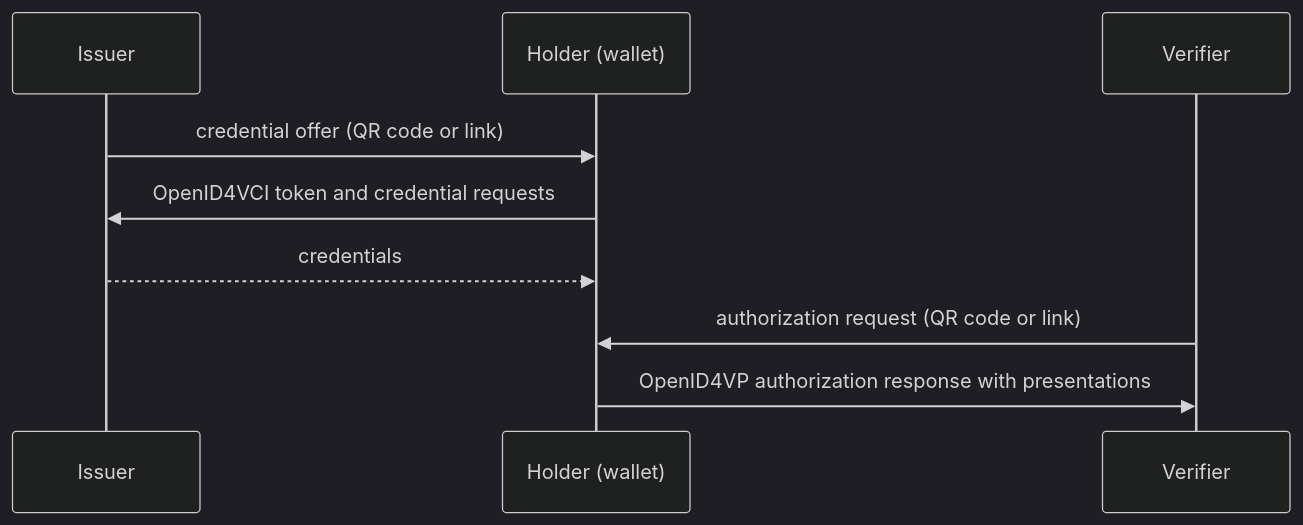
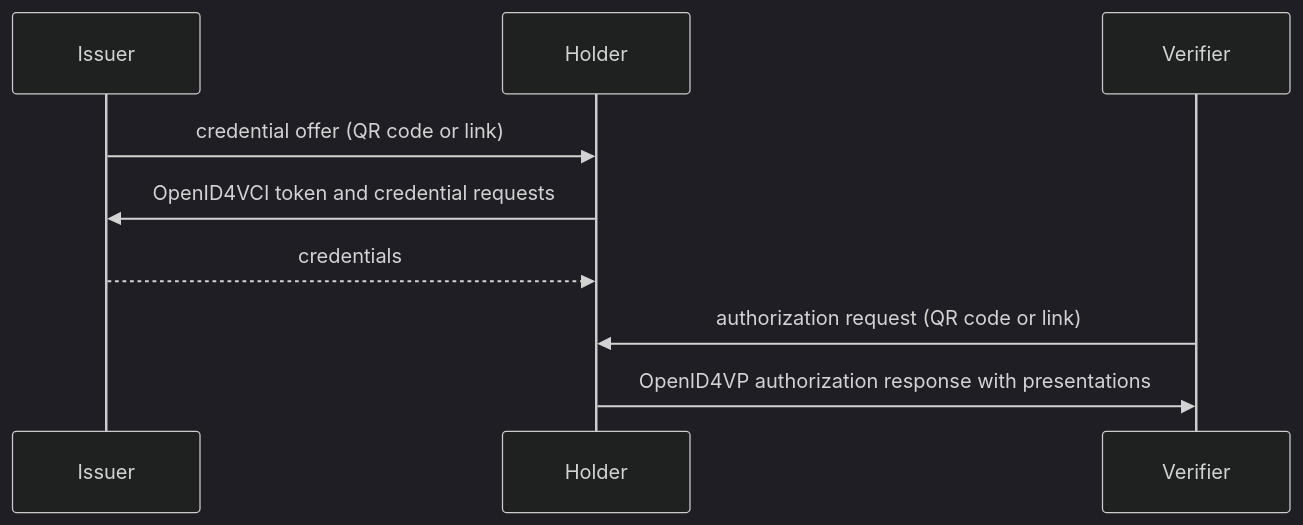
Before and after one commit to openwallet-foundation/credo-ts-docs: the diagram in guides/protocols/openid4vc/index.mdx, drawn with Mermaid (dark theme). The commit also changed other lines of this file and 155 other files, not shown here.

````diff
--- a/guides/protocols/openid4vc/index.mdx
+++ b/guides/protocols/openid4vc/index.mdx
@@ -18,11 +18,11 @@
 ```mermaid
 sequenceDiagram
   participant Issuer
-  participant Wallet as Holder (wallet)
+  participant Holder
   participant Verifier
-  Issuer->>Wallet: credential offer (QR code or link)
-  Wallet->>Issuer: OpenID4VCI token and credential requests
-  Issuer-->>Wallet: credentials
-  Verifier->>Wallet: authorization request (QR code or link)
-  Wallet->>Verifier: OpenID4VP authorization response with presentations
+  Issuer->>Holder: credential offer (QR code or link)
+  Holder->>Issuer: OpenID4VCI token and credential requests
+  Issuer-->>Holder: credentials
+  Verifier->>Holder: authorization request (QR code or link)
+  Holder->>Verifier: OpenID4VP authorization response with presentations
 ```
````
